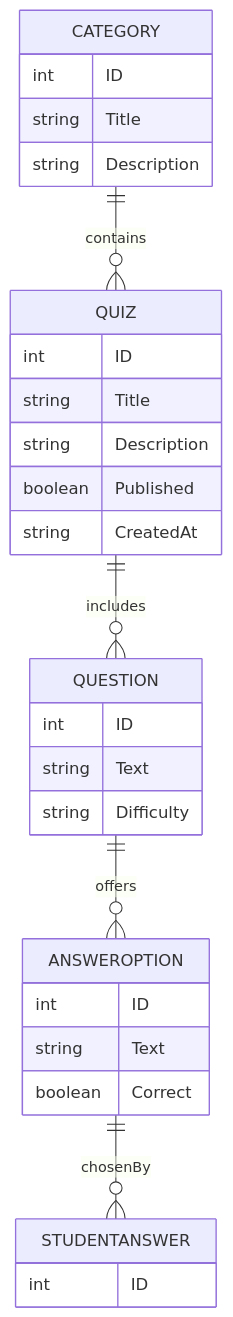
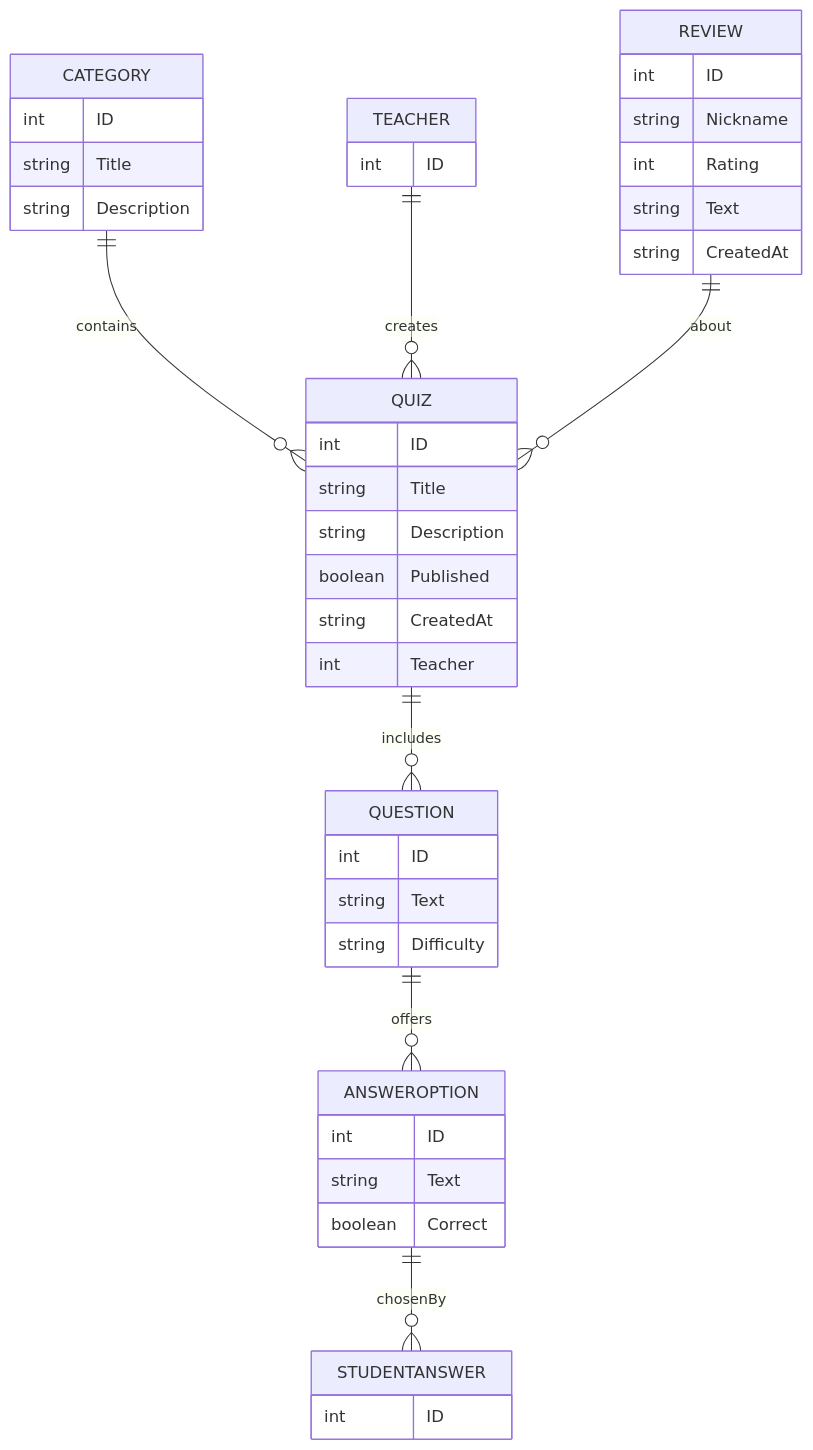
One commit to Project-Quiz-Masters/Quizzer changed the diagram in README.md. Above: the diagram before and after it, drawn with Mermaid.

Commit message:
Updated the ER diagram with the Teacher and Review entities

````diff
--- a/README.md
+++ b/README.md
@@ -83,37 +83,49 @@
 ```mermaid
 erDiagram
     CATEGORY {
         int ID
         string Title
         string Description
     }
 
     QUIZ {
         int ID
         string Title
         string Description
         boolean Published
         string CreatedAt
+        int Teacher
+    }
+    TEACHER {
+         int ID
     }
 
     QUESTION {
         int ID
         string Text
         string Difficulty
     }
 
     ANSWEROPTION {
         int ID
         string Text
         boolean Correct
     }
 
     STUDENTANSWER {
         int ID
     }
-
+    REVIEW {
+         int ID
+         string Nickname
+         int Rating
+         string Text
+         string CreatedAt
+}
     CATEGORY ||--o{ QUIZ : contains
     QUIZ ||--o{ QUESTION : includes
+    TEACHER ||--o{ QUIZ : creates
     QUESTION ||--o{ ANSWEROPTION : offers
     ANSWEROPTION ||--o{ STUDENTANSWER : chosenBy
+    REVIEW ||--o{ QUIZ : about
 ```
````
